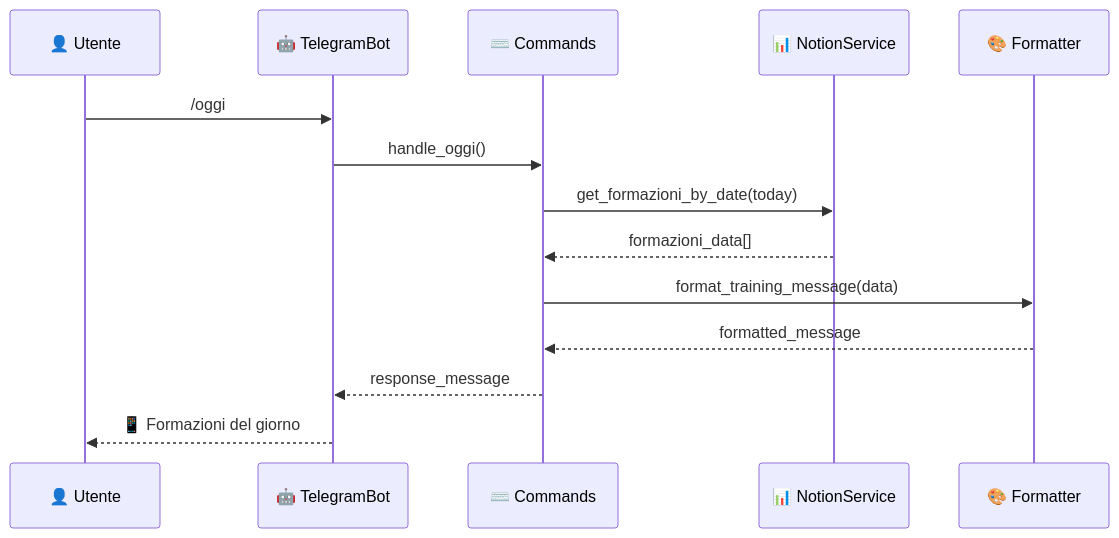
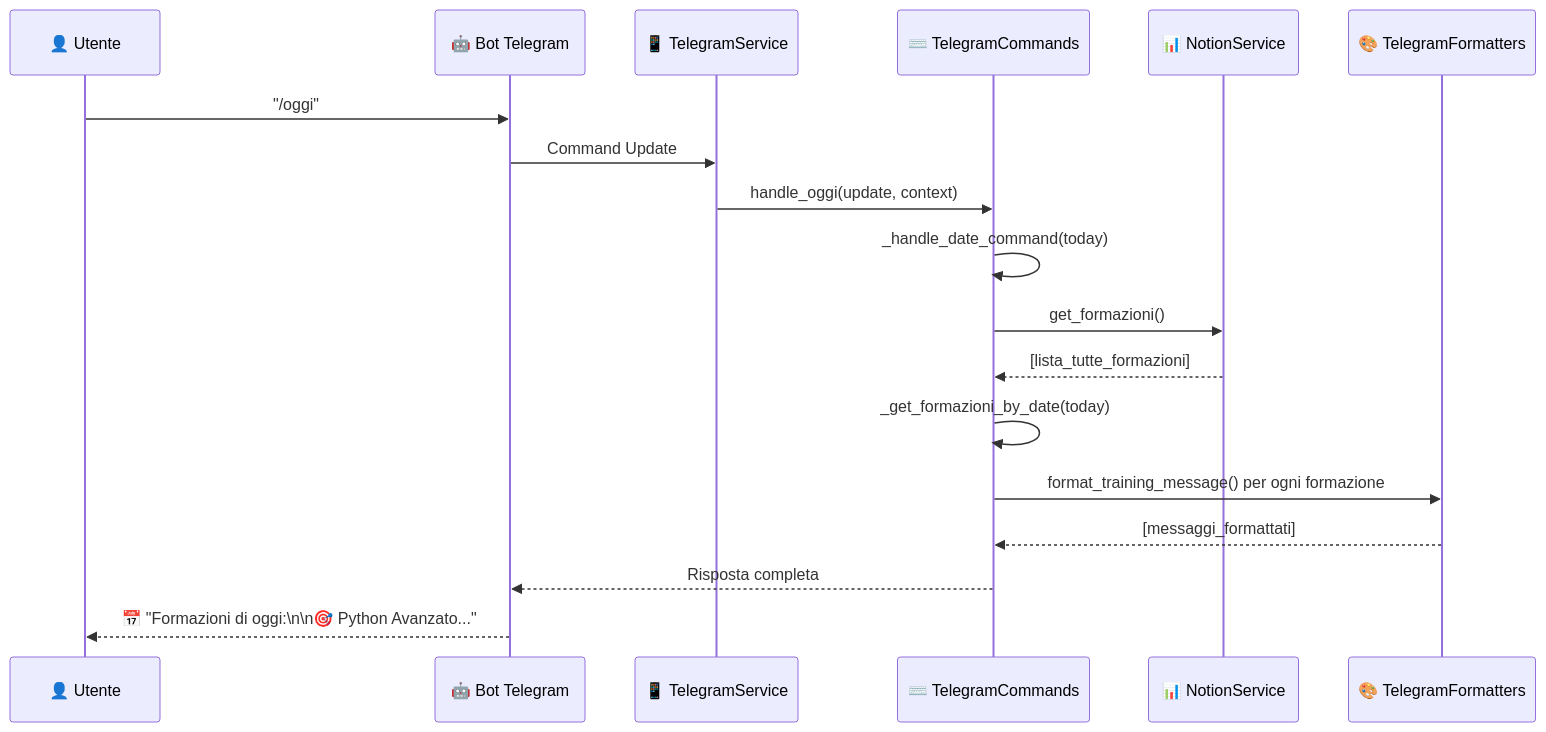
Before and after one commit to lucadileo9/Formazing: the third of 4 diagrams in docs/bot-telegram.md, drawn with Mermaid. The commit also changed other lines of this file, not shown here.

Commit message:
refactor: bot doc

````diff
--- a/docs/bot-telegram.md
+++ b/docs/bot-telegram.md
@@ -181,17 +766,21 @@
 ```mermaid
 sequenceDiagram
     participant U as 👤 Utente
-    participant T as 🤖 TelegramBot
-    participant C as ⌨️ Commands
-    participant N as 📊 NotionService
-    participant F as 🎨 Formatter
+    participant BOT as 🤖 Bot Telegram
+    participant TGS as 📱 TelegramService
+    participant TGC as ⌨️ TelegramCommands
+    participant NS as 📊 NotionService
+    participant TGF as 🎨 TelegramFormatters
     
-    U->>T: /oggi
-    T->>C: handle_oggi()
-    C->>N: get_formazioni_by_date(today)
-    N-->>C: formazioni_data[]
-    C->>F: format_training_message(data)
-    F-->>C: formatted_message
-    C-->>T: response_message
-    T-->>U: 📱 Formazioni del giorno
+    U->>BOT: "/oggi"
+    BOT->>TGS: Command Update
+    TGS->>TGC: handle_oggi(update, context)
+    TGC->>TGC: _handle_date_command(today)
+    TGC->>NS: get_formazioni()
+    NS-->>TGC: [lista_tutte_formazioni]
+    TGC->>TGC: _get_formazioni_by_date(today)
+    TGC->>TGF: format_training_message() per ogni formazione
+    TGF-->>TGC: [messaggi_formattati]
+    TGC-->>BOT: Risposta completa
+    BOT-->>U: 📅 "Formazioni di oggi:\n\n🎯 Python Avanzato..."
 ```
````
